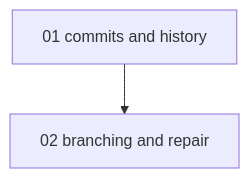
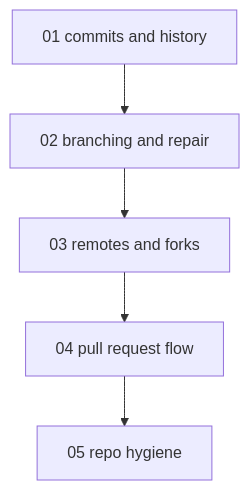
Before and after one commit to avishek2002/meno: the diagram in content/community/software-engineering/git-fundamentals/git-fundamentals-hub.md, drawn with Mermaid. The commit also changed other lines of this file and 66 other files, not shown here.

````diff
--- a/content/community/software-engineering/git-fundamentals/git-fundamentals-hub.md
+++ b/content/community/software-engineering/git-fundamentals/git-fundamentals-hub.md
@@ -8,4 +8,7 @@
 ```mermaid
 graph TD
     m1[01 commits and history] --> m2[02 branching and repair]
+    m2 --> m3[03 remotes and forks]
+    m3 --> m4[04 pull request flow]
+    m4 --> m5[05 repo hygiene]
 ```
````
